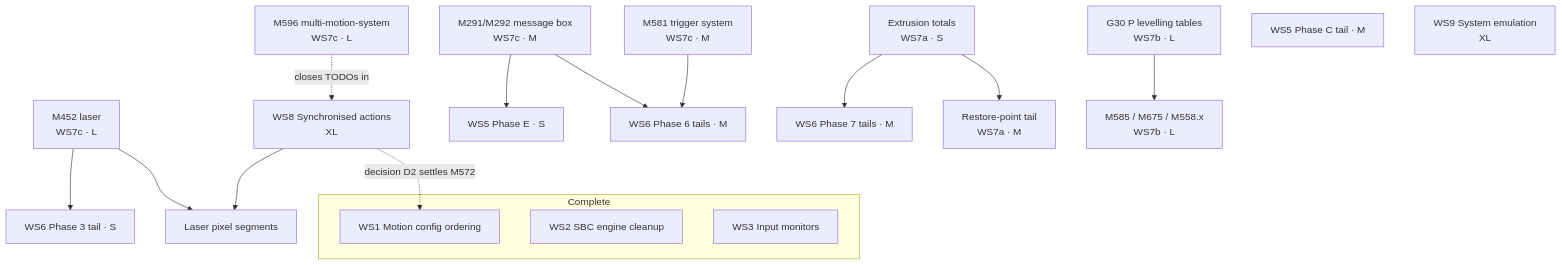
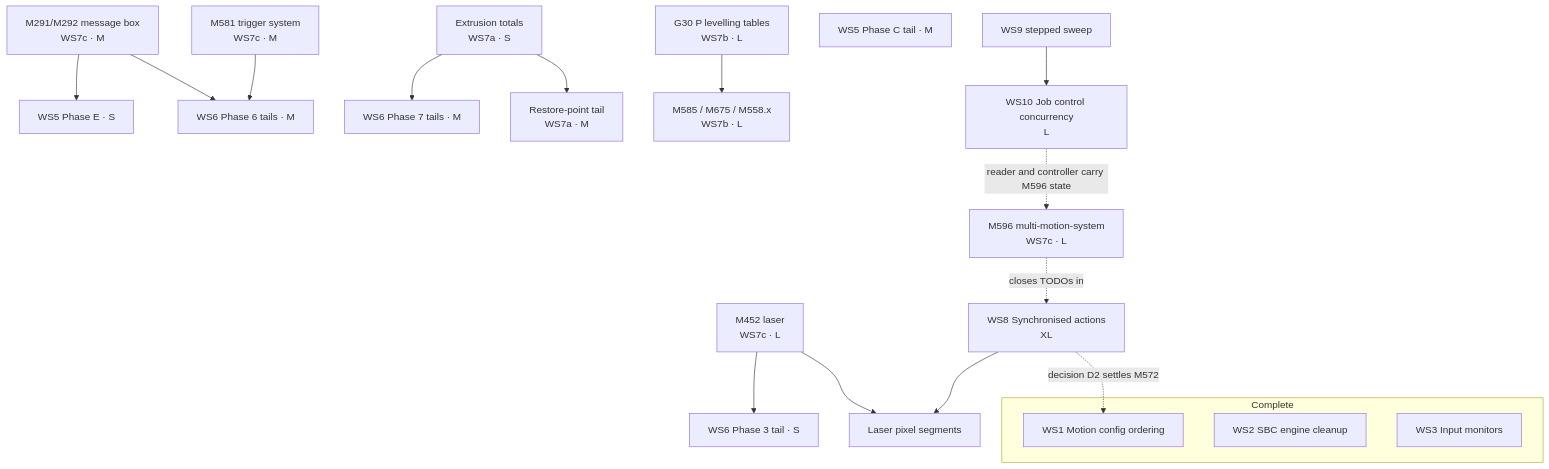
Before and after one commit to Duet3D/DuetSoftwareFramework: the diagram in docs/devel/PROJECT_OVERVIEW.md, drawn with Mermaid. The commit also changed other lines of this file and 4 other files, not shown here.

Commit message:
plan: job control rework WIP

````diff
--- a/docs/devel/PROJECT_OVERVIEW.md
+++ b/docs/devel/PROJECT_OVERVIEW.md
@@ -226,38 +244,40 @@
 ```mermaid
 graph TD
     subgraph done ["Complete"]
         WS1["WS1 Motion config ordering"]
         WS2["WS2 SBC engine cleanup"]
         WS3["WS3 Input monitors"]
     end
 
     M291["M291/M292 message box<br/>WS7c · M"]
     M581["M581 trigger system<br/>WS7c · M"]
     M452["M452 laser<br/>WS7c · L"]
     M596["M596 multi-motion-system<br/>WS7c · L"]
     EXTR["Extrusion totals<br/>WS7a · S"]
     G30P["G30 P levelling tables<br/>WS7b · L"]
 
     E_C["WS5 Phase C tail · M"]
     E_E["WS5 Phase E · S"]
     J6["WS6 Phase 6 tails · M"]
     J3["WS6 Phase 3 tail · S"]
     J7["WS6 Phase 7 tails · M"]
     PROBE["M585 / M675 / M558.x<br/>WS7b · L"]
     RP["Restore-point tail<br/>WS7a · M"]
     WS8["WS8 Synchronised actions<br/>XL"]
     LASERSEG["Laser pixel segments"]
     WS9["WS9 System emulation<br/>XL"]
 
     M291 --> E_E
     M291 --> J6
     M581 --> J6
     M452 --> J3
     EXTR --> J7
     EXTR --> RP
     G30P --> PROBE
     M596 -.->|closes TODOs in| WS8
     WS8 --> LASERSEG
     M452 --> LASERSEG
     WS8 -.->|decision D2 settles M572| WS1
+    WS9["WS9 stepped sweep"] --> WS10["WS10 Job control concurrency<br/>L"]
+    WS10 -.->|reader and controller carry M596 state| M596
 ```
````
